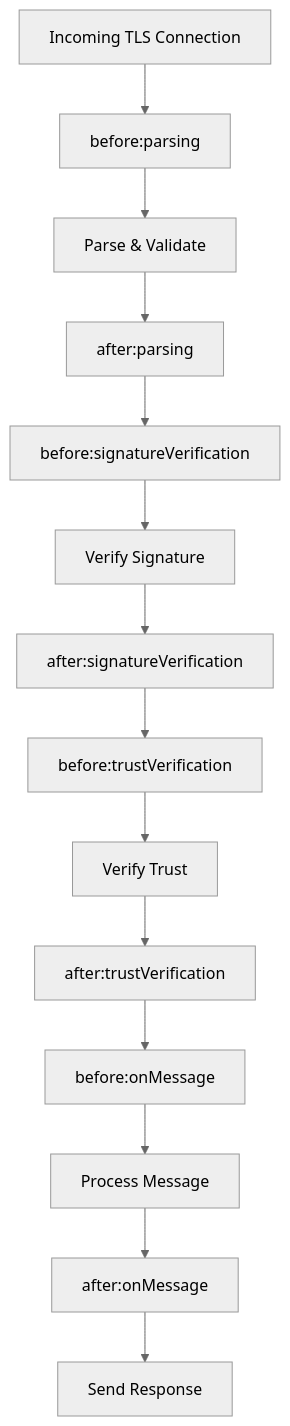
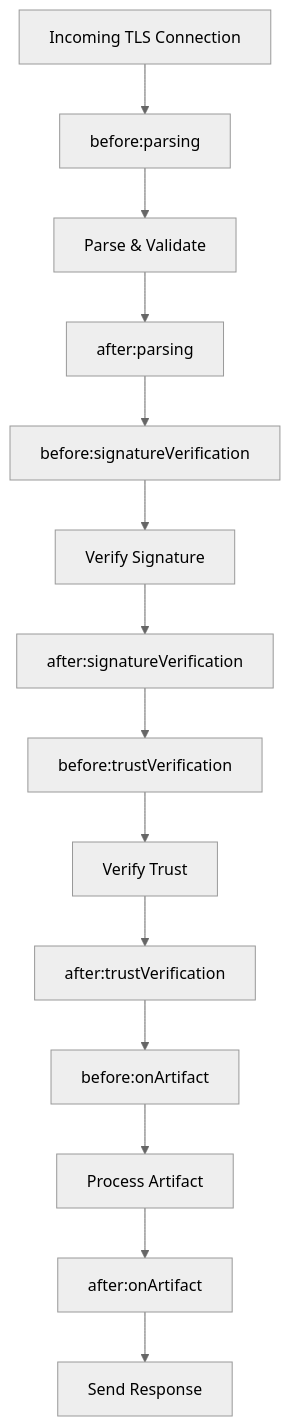
Before and after one commit to openbtps/btps-node: the diagram in docs/docusaurus/docs/server/middlewares.md, drawn with Mermaid (neutral theme). The commit also changed other lines of this file and 7 other files, not shown here.

````diff
--- a/docs/docusaurus/docs/server/middlewares.md
+++ b/docs/docusaurus/docs/server/middlewares.md
@@ -115,16 +115,16 @@
 ```mermaid
 flowchart TD
   A[Incoming TLS Connection] --> B[before:parsing]
   B --> C[Parse & Validate]
   C --> D[after:parsing]
   D --> E[before:signatureVerification]
   E --> F[Verify Signature]
   F --> G[after:signatureVerification]
   G --> H[before:trustVerification]
   H --> I[Verify Trust]
   I --> J[after:trustVerification]
-  J --> K[before:onMessage]
-  K --> L[Process Message]
-  L --> M[after:onMessage]
+  J --> K[before:onArtifact]
+  K --> L[Process Artifact]
+  L --> M[after:onArtifact]
   M --> N[Send Response]
 ```
````
